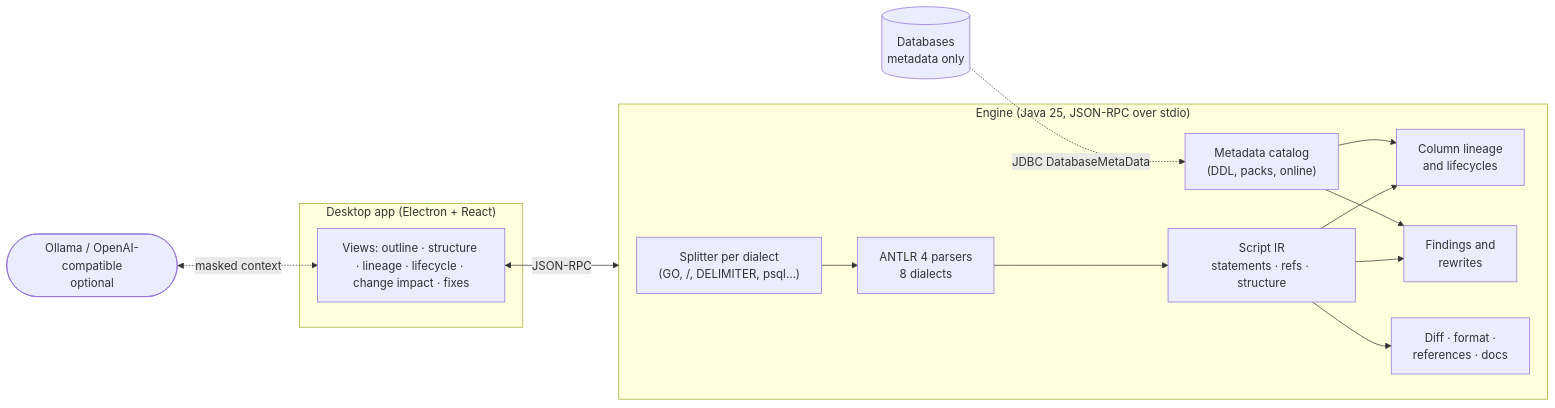
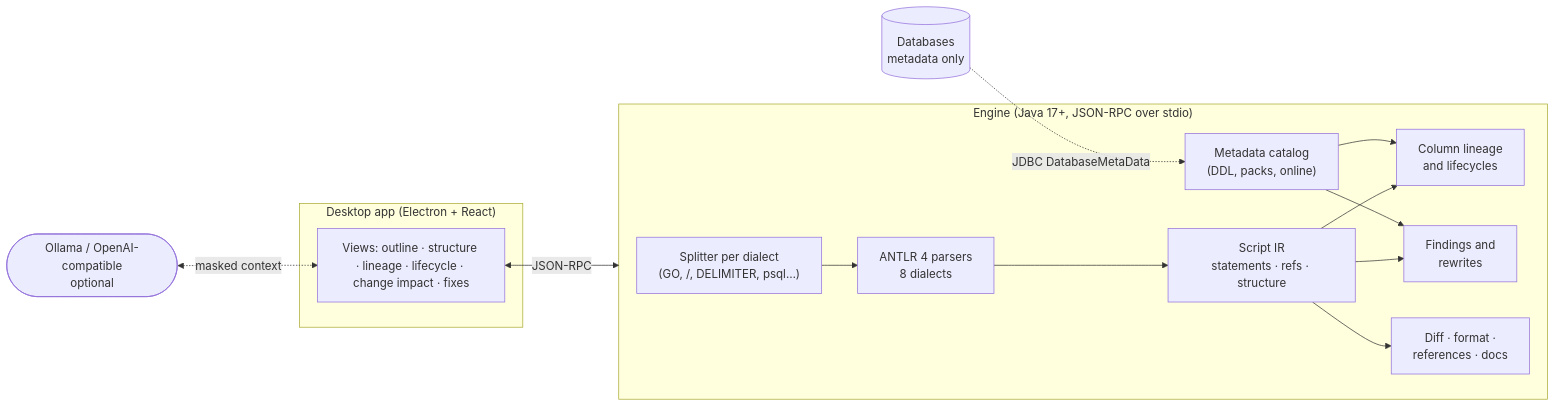
The diagram in README.md (paganini2008/amber), drawn with Mermaid before and after one commit. The commit also changed other lines of this file and 1262 other files, not shown here.

````diff
--- a/README.md
+++ b/README.md
@@ -54,18 +57,18 @@
 ```mermaid
 flowchart LR
   subgraph App["Desktop app (Electron + React)"]
     UI["Views: outline · structure · lineage · lifecycle · change impact · fixes"]
   end
-  subgraph Engine["Engine (Java 25, JSON-RPC over stdio)"]
+  subgraph Engine["Engine (Java 17+, JSON-RPC over stdio)"]
     Split["Splitter per dialect<br/>(GO, /, DELIMITER, psql…)"] --> Parse["ANTLR 4 parsers<br/>8 dialects"]
     Parse --> IR["Script IR<br/>statements · refs · structure"]
     IR --> Lineage["Column lineage<br/>and lifecycles"]
     IR --> Rules["Findings and<br/>rewrites"]
     IR --> Tools["Diff · format ·<br/>references · docs"]
     Meta["Metadata catalog<br/>(DDL, packs, online)"] --> Lineage
     Meta --> Rules
   end
   DB[("Databases<br/>metadata only")] -. "JDBC DatabaseMetaData" .-> Meta
   AI(["Ollama / OpenAI-compatible<br/>optional"]) <-. "masked context" .-> UI
   UI <-- "JSON-RPC" --> Engine
 ```
````
